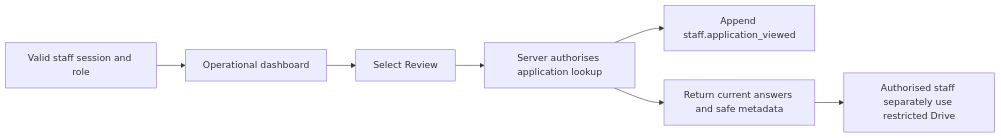
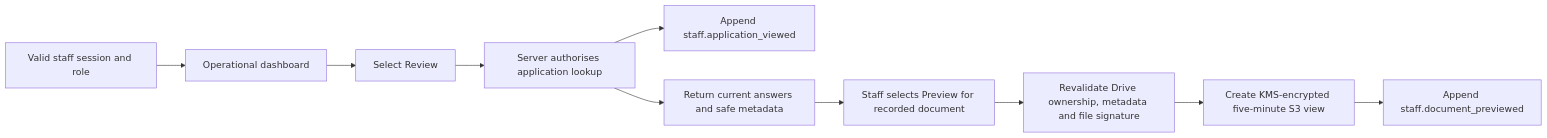
One commit to Martin-Reinoso/independentschoolwest changed diagram 15 of 17 in Rosewood enrolment/v6/DATA-PROCESS-MAP.md. Above: the diagram before and after it, drawn with Mermaid. The commit also changed other lines of this file and 24 other files, not shown here.

Commit message:
Stabilise staff review and add protected document previews

````diff
--- a/Rosewood enrolment/v6/DATA-PROCESS-MAP.md
+++ b/Rosewood enrolment/v6/DATA-PROCESS-MAP.md
@@ -811,9 +816,12 @@
 ```mermaid
 flowchart LR
     Session["Valid staff session and role"] --> Dashboard["Operational dashboard"]
     Dashboard --> Detail["Select Review"]
     Detail --> Authorise["Server authorises application lookup"]
     Authorise --> Audit["Append staff.application_viewed"]
     Authorise --> Answers["Return current answers and safe metadata"]
-    Answers --> Drive["Authorised staff separately use restricted Drive"]
+    Answers --> Preview["Staff selects Preview for recorded document"]
+    Preview --> Verify["Revalidate Drive ownership, metadata and file signature"]
+    Verify --> Temp["Create KMS-encrypted five-minute S3 view"]
+    Temp --> PreviewAudit["Append staff.document_previewed"]
 ```
````
